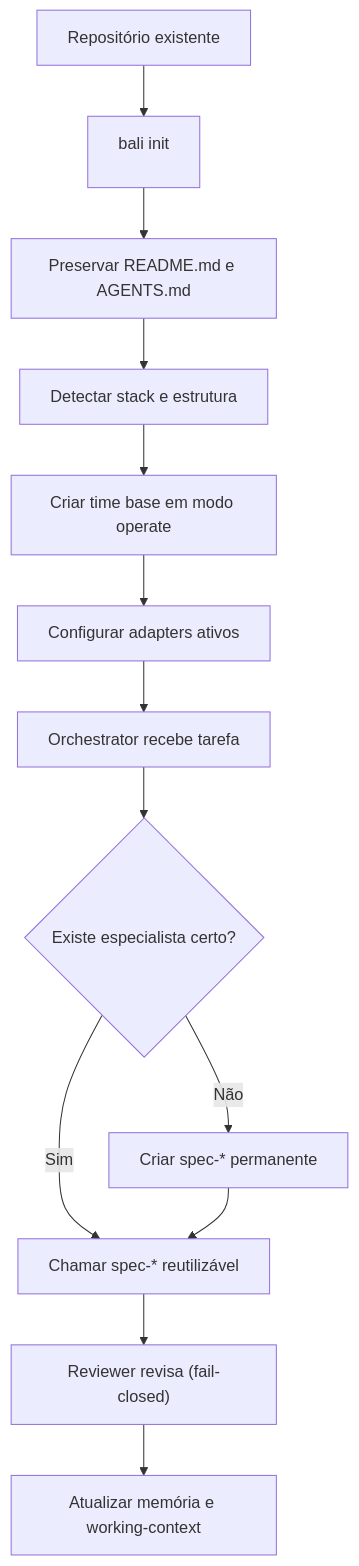
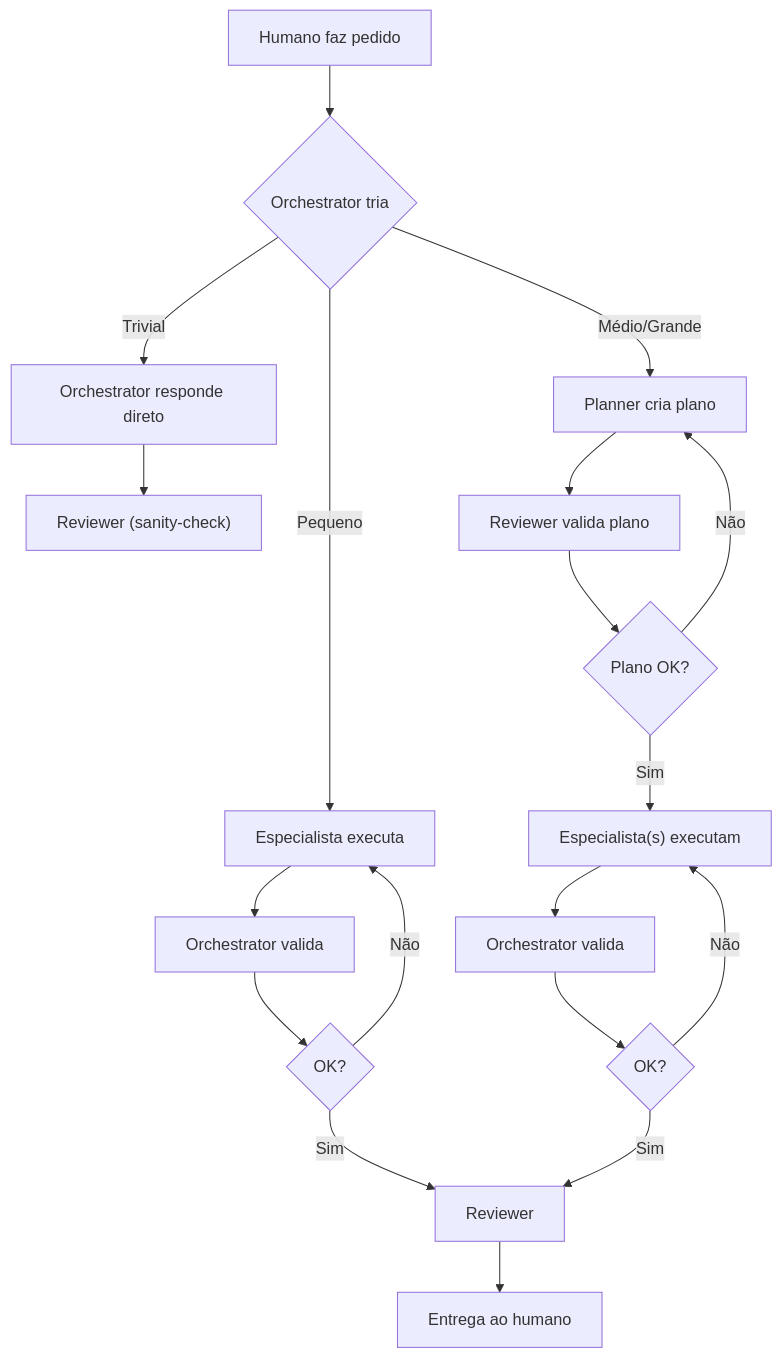
One commit to ba-lison/Bali-Agent changed the second of 2 diagrams in README.md. Above: the diagram before and after it, drawn with Mermaid. The commit also changed other lines of this file and 33 other files, not shown here.

First line of the commit message:
arch: hub-and-spoke v3, remove Gemini CLI, Antigravity 2.0, native OpenCode subagents, context persistence across all adapters

````diff
--- a/README.md
+++ b/README.md
@@ -286,15 +315,21 @@
 ```mermaid
 flowchart TD
-  A["Repositório existente"] --> B["bali init <dir>"]
-  B --> C["Preservar README.md e AGENTS.md"]
-  C --> D["Detectar stack e estrutura"]
-  D --> E["Criar time base em modo operate"]
-  E --> F["Configurar adapters ativos"]
-  F --> G["Orchestrator recebe tarefa"]
-  G --> H{"Existe especialista certo?"}
-  H -- "Sim" --> I["Chamar spec-* reutilizável"]
-  H -- "Não" --> J["Criar spec-* permanente"]
-  J --> I
-  I --> K["Reviewer revisa (fail-closed)"]
-  K --> L["Atualizar memória e working-context"]
+  A["Humano faz pedido"] --> B{"Orchestrator tria"}
+  B -- "Trivial" --> C["Orchestrator responde direto"]
+  C --> D["Reviewer (sanity-check)"]
+  B -- "Pequeno" --> E["Especialista executa"]
+  E --> F["Orchestrator valida"]
+  F --> G{"OK?"}
+  G -- "Não" --> E
+  G -- "Sim" --> H["Reviewer"]
+  B -- "Médio/Grande" --> I["Planner cria plano"]
+  I --> J["Reviewer valida plano"]
+  J --> K{"Plano OK?"}
+  K -- "Não" --> I
+  K -- "Sim" --> L["Especialista(s) executam"]
+  L --> M["Orchestrator valida"]
+  M --> N{"OK?"}
+  N -- "Não" --> L
+  N -- "Sim" --> H
+  H --> O["Entrega ao humano"]
 ```
````
